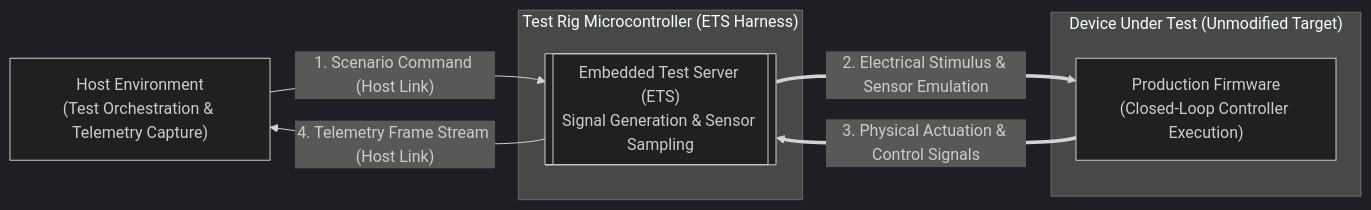
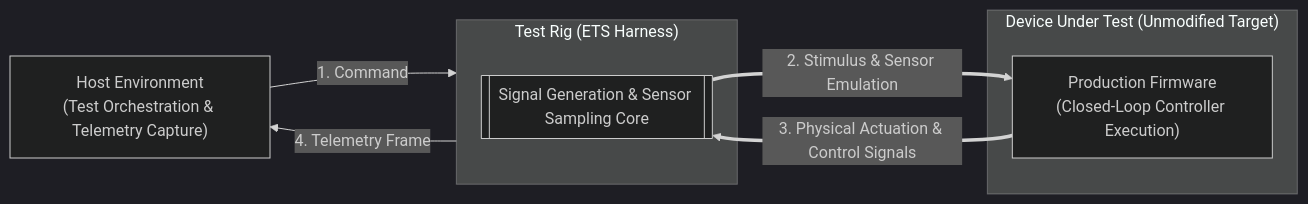
The sixth of 8 diagrams in documentation/ets/ConOps.md (Dyse-Industries/control-rs), drawn with Mermaid (dark theme) before and after one commit. The commit also changed other lines of this file and 4 other files, not shown here.

Commit message:
design updates for ETS core

````diff
--- a/documentation/ets/ConOps.md
+++ b/documentation/ets/ConOps.md
@@ -144,17 +140,17 @@
 ```mermaid
 flowchart LR
     HOST["Host Environment<br/>(Test Orchestration & Telemetry Capture)"]
 
-    subgraph RIG ["Test Rig Microcontroller (ETS Harness)"]
-        ETS[["Embedded Test Server (ETS)<br/>Signal Generation & Sensor Sampling"]]
+    subgraph RIG ["Test Rig (ETS Harness)"]
+        ETS[["Signal Generation & Sensor Sampling Core"]]
     end
 
     subgraph DUT ["Device Under Test (Unmodified Target)"]
         CTRL["Production Firmware<br/>(Closed-Loop Controller Execution)"]
     end
 
-    HOST -->|" 1. Scenario Command (Host Link) "| ETS
-    ETS ==>|" 2. Electrical Stimulus & Sensor Emulation "| CTRL
+    HOST -->|" 1. Command "| RIG
+    ETS ==>|" 2. Stimulus & Sensor Emulation "| CTRL
     CTRL ==>|" 3. Physical Actuation & Control Signals "| ETS
-    ETS -->|" 4. Telemetry Frame Stream (Host Link) "| HOST
+    RIG -->|" 4. Telemetry Frame "| HOST
 ```
````
